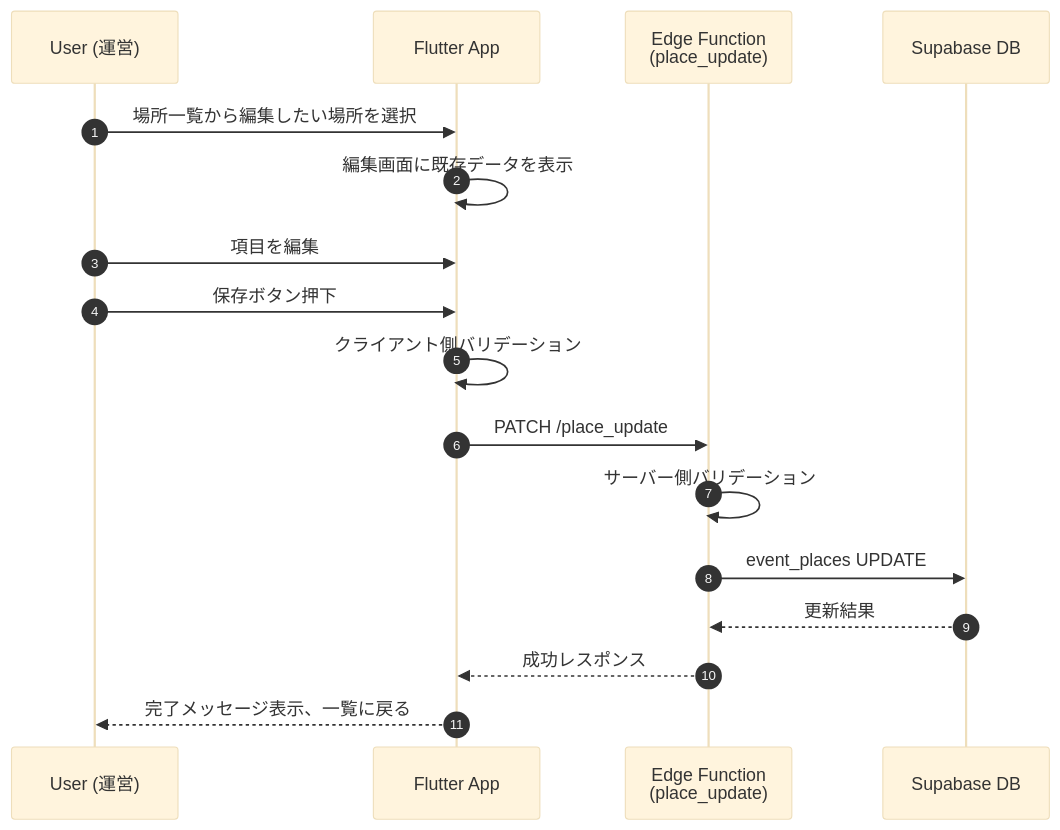
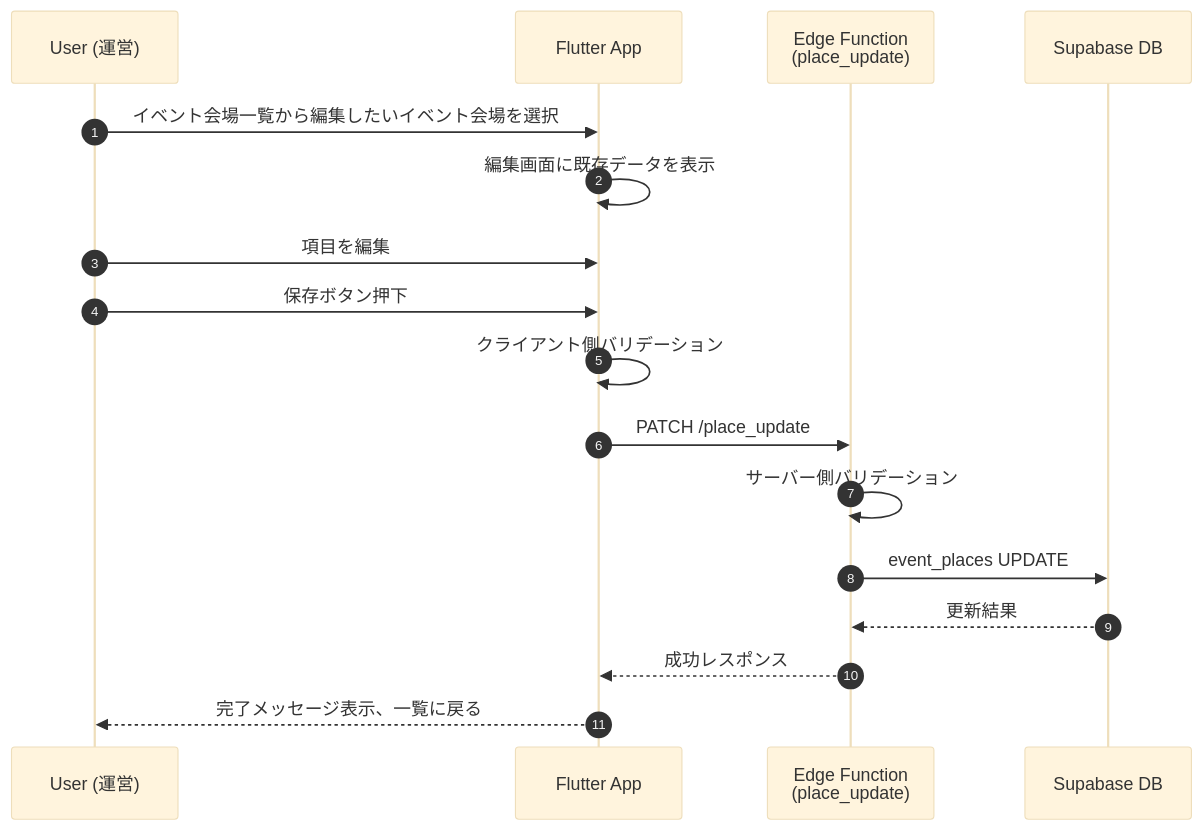
The third of 4 diagrams in docs/DESIGN_DOCS/events/place_registration.md (kerokerotur/banars-app), drawn with Mermaid (base theme) before and after one commit. The commit also changed other lines of this file and 27 other files, not shown here.

````diff
--- a/docs/DESIGN_DOCS/events/place_registration.md
+++ b/docs/DESIGN_DOCS/events/place_registration.md
@@ -52,20 +61,20 @@
 ```mermaid
 sequenceDiagram
     autonumber
     participant User as User (運営)
     participant App as Flutter App
     participant Edge as Edge Function<br>(place_update)
     participant DB as Supabase DB
 
-    User->>App: 場所一覧から編集したい場所を選択
+    User->>App: イベント会場一覧から編集したいイベント会場を選択
     App->>App: 編集画面に既存データを表示
     User->>App: 項目を編集
     User->>App: 保存ボタン押下
     App->>App: クライアント側バリデーション
     App->>Edge: PATCH /place_update
     Edge->>Edge: サーバー側バリデーション
     Edge->>DB: event_places UPDATE
     DB-->>Edge: 更新結果
     Edge-->>App: 成功レスポンス
     App-->>User: 完了メッセージ表示、一覧に戻る
 ```
````
